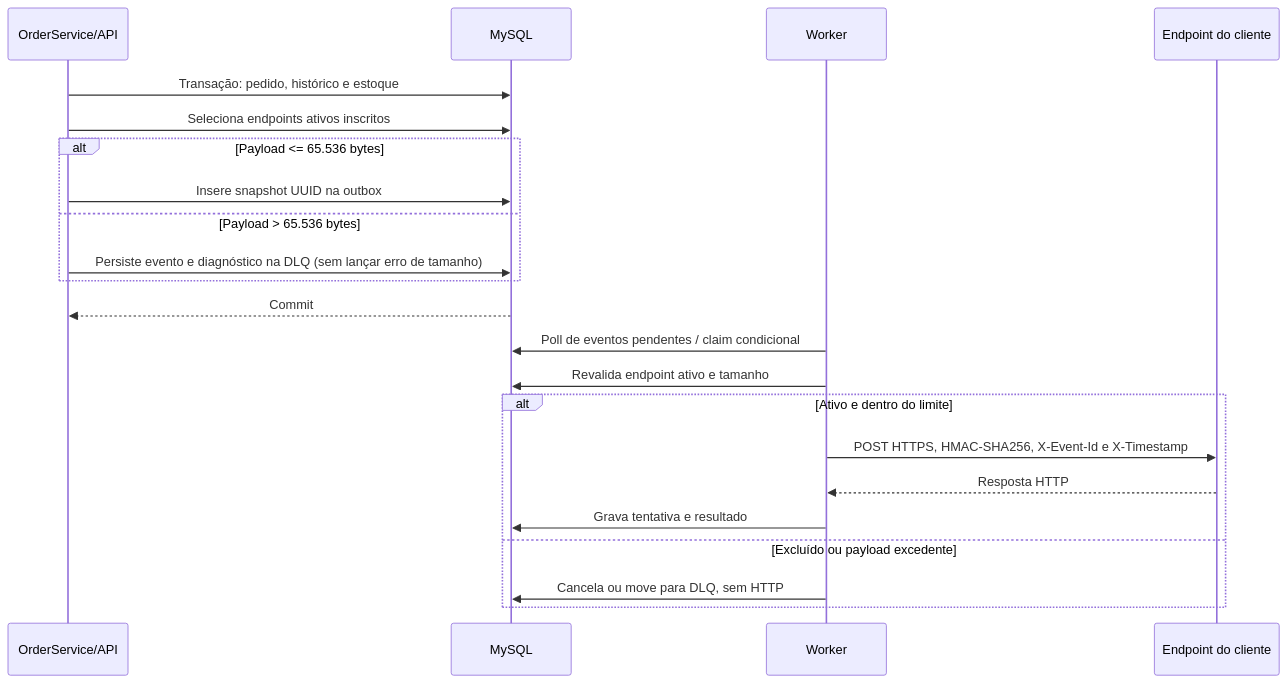
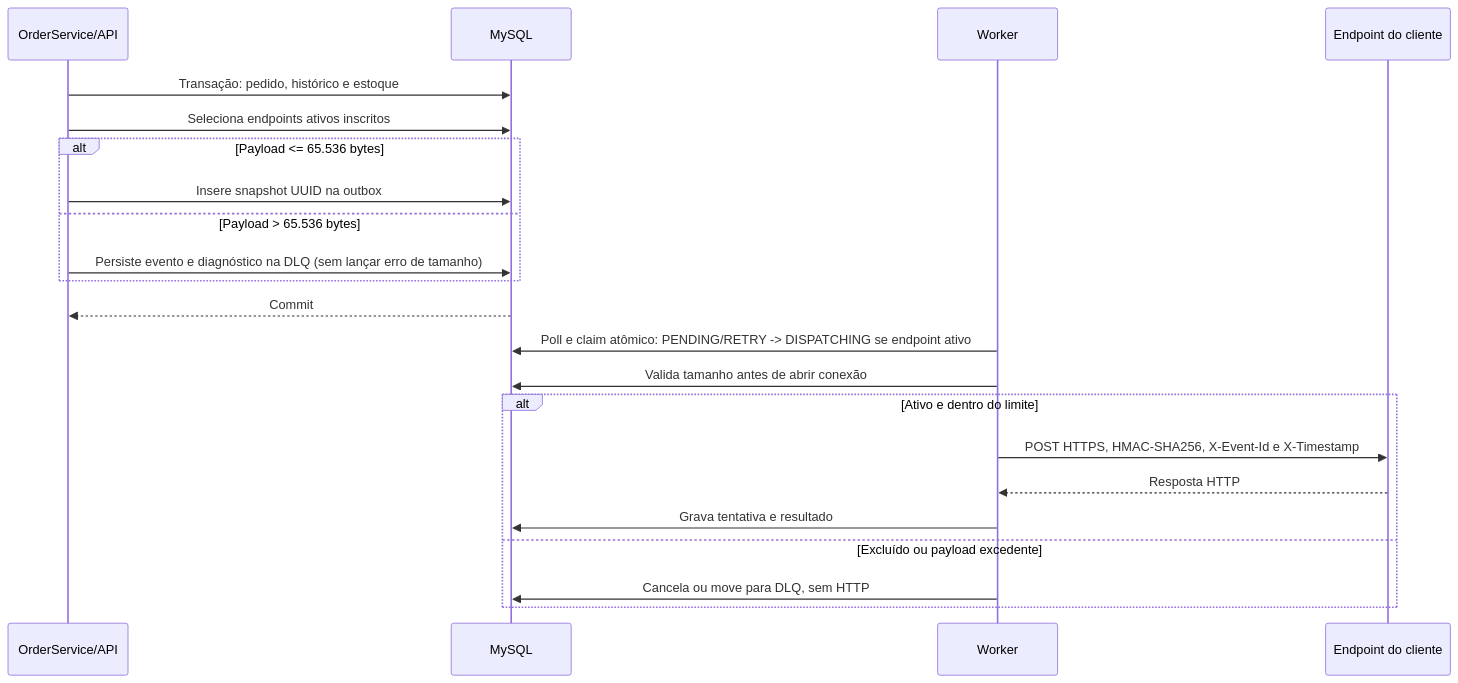
One commit to RafaelVictorOp/mba-ia-desafio-design-docs-com-ia changed the diagram in docs/RFC.md. Above: the diagram before and after it, drawn with Mermaid. The commit also changed other lines of this file and 14 other files, not shown here.

````diff
--- a/docs/RFC.md
+++ b/docs/RFC.md
@@ -101,24 +102,24 @@
 ```mermaid
 sequenceDiagram
     participant API as OrderService/API
     participant DB as MySQL
     participant W as Worker
     participant C as Endpoint do cliente
     API->>DB: Transação: pedido, histórico e estoque
     API->>DB: Seleciona endpoints ativos inscritos
     alt Payload <= 65.536 bytes
         API->>DB: Insere snapshot UUID na outbox
     else Payload > 65.536 bytes
         API->>DB: Persiste evento e diagnóstico na DLQ (sem lançar erro de tamanho)
     end
     DB-->>API: Commit
-    W->>DB: Poll de eventos pendentes / claim condicional
-    W->>DB: Revalida endpoint ativo e tamanho
+    W->>DB: Poll e claim atômico: PENDING/RETRY -> DISPATCHING se endpoint ativo
+    W->>DB: Valida tamanho antes de abrir conexão
     alt Ativo e dentro do limite
         W->>C: POST HTTPS, HMAC-SHA256, X-Event-Id e X-Timestamp
         C-->>W: Resposta HTTP
         W->>DB: Grava tentativa e resultado
     else Excluído ou payload excedente
         W->>DB: Cancela ou move para DLQ, sem HTTP
     end
 ```
````
